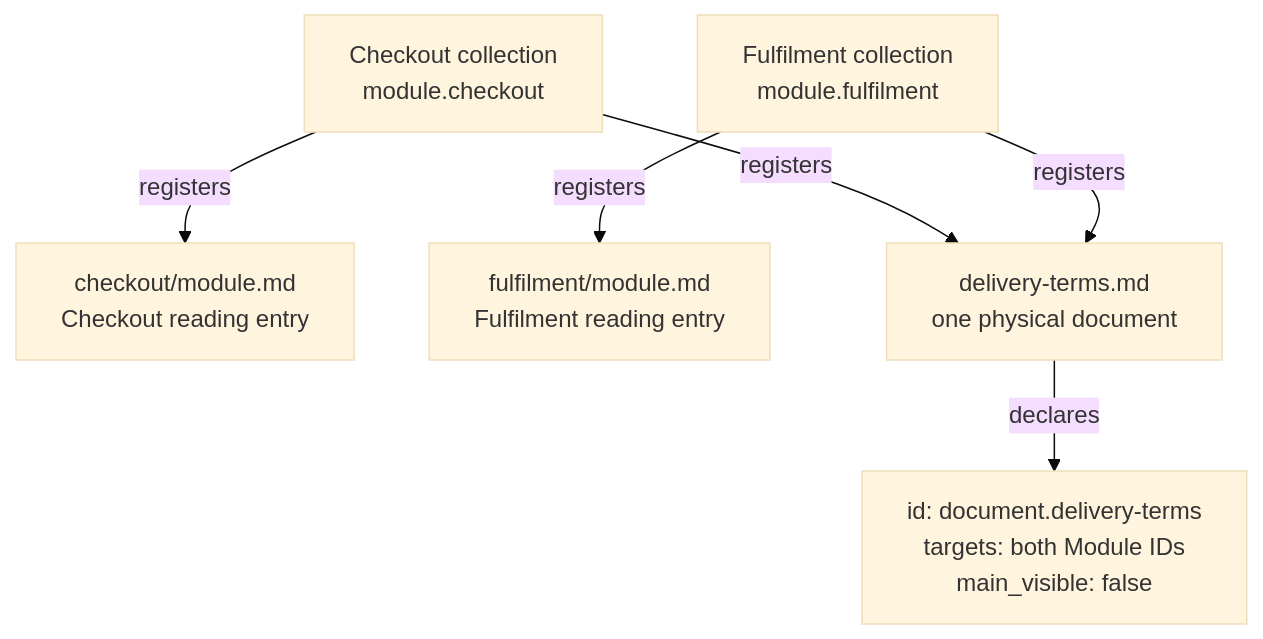
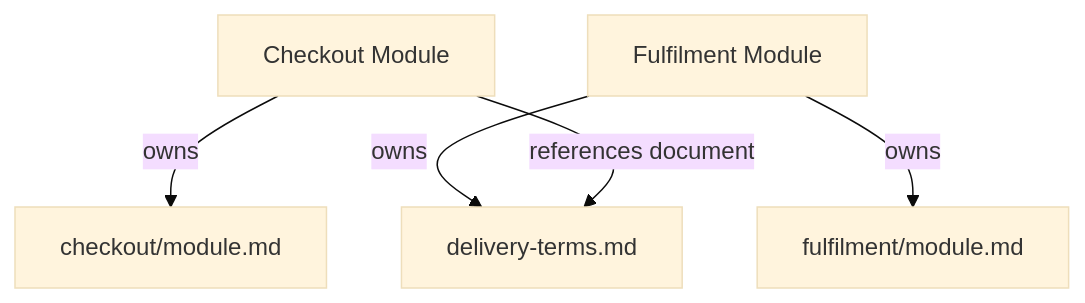
Before and after one commit to FTOD/concorde: the first of 2 diagrams in protocol/spec-management.md, drawn with Mermaid (base theme). The commit also changed other lines of this file and 49 other files, not shown here.

First line of the commit message:
Revise Spec Protocol and project Specs for explicit ownership and references

````diff
--- a/protocol/spec-management.md
+++ b/protocol/spec-management.md
@@ -51,16 +67,14 @@
 ```mermaid
 flowchart TB
-    accTitle: Explicit document collections with one shared document
-    accDescr: Checkout registers its own module.md and a shared delivery-terms document. Fulfilment registers its own module.md and the same delivery-terms document. The shared document has one identity and belongs to both complete collections, even when main_visible is false.
-    checkout["Checkout collection<br/>module.checkout"]
-    fulfilment["Fulfilment collection<br/>module.fulfilment"]
-    checkoutMain["checkout/module.md<br/>Checkout reading entry"]
-    fulfilmentMain["fulfilment/module.md<br/>Fulfilment reading entry"]
-    shared["delivery-terms.md<br/>one physical document"]
-    metadata["id: document.delivery-terms<br/>targets: both Module IDs<br/>main_visible: false"]
-    checkout -->|registers| checkoutMain
-    fulfilment -->|registers| fulfilmentMain
-    checkout -->|registers| shared
-    fulfilment -->|registers| shared
-    shared -->|declares| metadata
+    accTitle: One owner and explicit context inclusion
+    accDescr: Fulfilment owns its reading entry and delivery terms. Checkout owns its reading entry and references only delivery terms. Checkout does not acquire Fulfilment's other documents or ownership.
+    checkout["Checkout Module"]
+    fulfilment["Fulfilment Module"]
+    checkoutMain["checkout/module.md"]
+    fulfilmentMain["fulfilment/module.md"]
+    terms["delivery-terms.md"]
+    checkout -->|owns| checkoutMain
+    fulfilment -->|owns| fulfilmentMain
+    fulfilment -->|owns| terms
+    checkout -->|references document| terms
 ```
````
